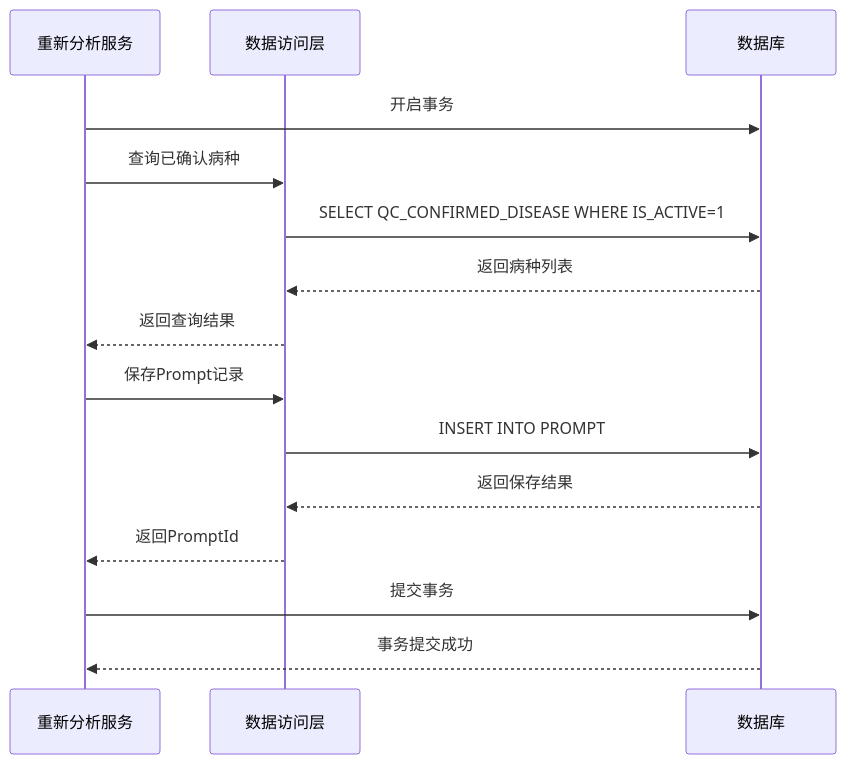
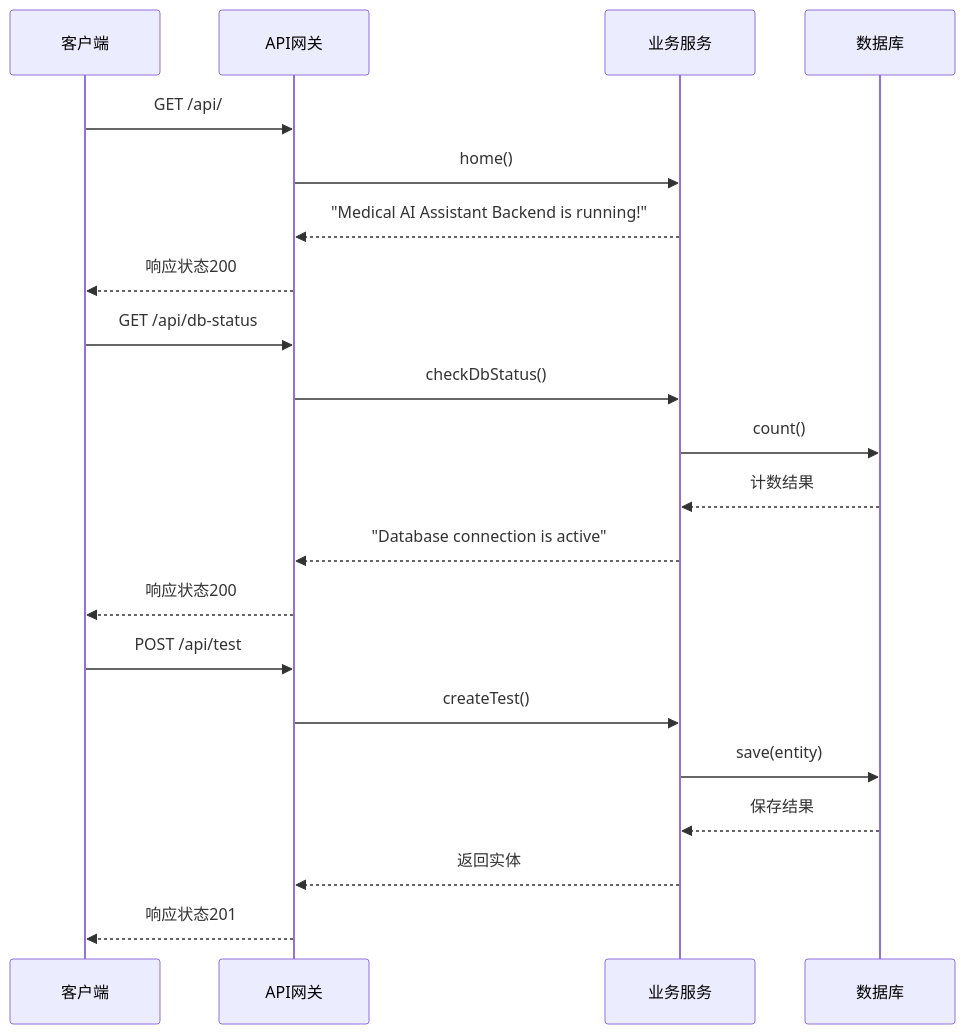
One commit to liuzh2008/med_ai_assistant_workspace changed the fifth of 6 diagrams in .qoder/repowiki/zh/content/QC评估引擎.md. Above: the diagram before and after it, drawn with Mermaid. The commit also changed other lines of this file and 5 other files, not shown here.

````diff
--- a/.qoder/repowiki/zh/content/QC评估引擎.md
+++ b/.qoder/repowiki/zh/content/QC评估引擎.md
@@ -772,17 +285,23 @@
 ```mermaid
 sequenceDiagram
-participant Service as 重新分析服务
-participant Repo as 数据访问层
+participant Client as 客户端
+participant API as API网关
+participant Service as 业务服务
 participant DB as 数据库
-Service->>DB : 开启事务
-Service->>Repo : 查询已确认病种
-Repo->>DB : SELECT QC_CONFIRMED_DISEASE WHERE IS_ACTIVE=1
-DB-->>Repo : 返回病种列表
-Repo-->>Service : 返回查询结果
-Service->>Repo : 保存Prompt记录
-Repo->>DB : INSERT INTO PROMPT
-DB-->>Repo : 返回保存结果
-Repo-->>Service : 返回PromptId
-Service->>DB : 提交事务
-DB-->>Service : 事务提交成功
+Client->>API : GET /api/
+API->>Service : home()
+Service-->>API : "Medical AI Assistant Backend is running!"
+API-->>Client : 响应状态200
+Client->>API : GET /api/db-status
+API->>Service : checkDbStatus()
+Service->>DB : count()
+DB-->>Service : 计数结果
+Service-->>API : "Database connection is active"
+API-->>Client : 响应状态200
+Client->>API : POST /api/test
+API->>Service : createTest()
+Service->>DB : save(entity)
+DB-->>Service : 保存结果
+Service-->>API : 返回实体
+API-->>Client : 响应状态201
 ```
````
